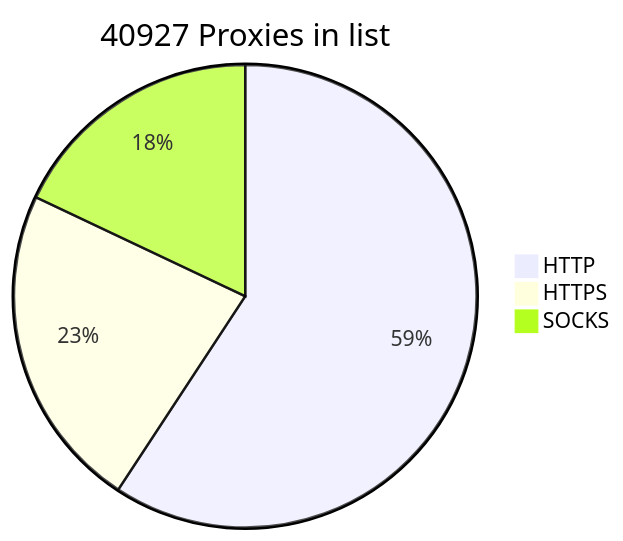
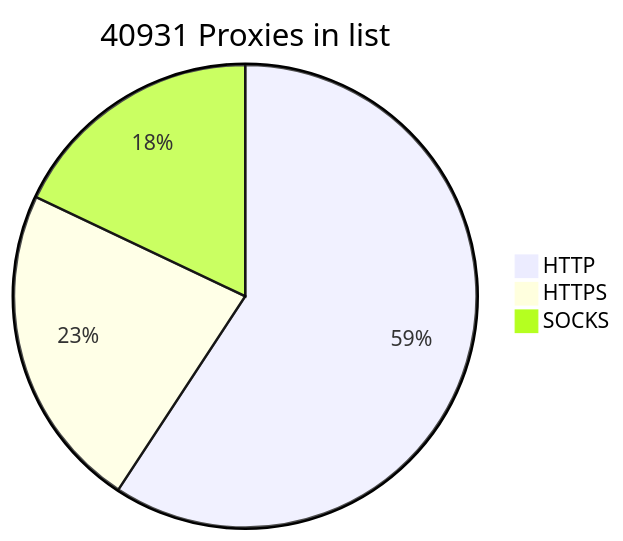
One commit to BlackSnowDot/proxylist-update-every-minute changed the diagram in README.md. Above: the diagram before and after it, drawn with Mermaid.

````diff
--- a/README.md
+++ b/README.md
@@ -2,6 +2,6 @@
 ```mermaid
-pie title 40927 Proxies in list
-    "HTTP" : 28567
-    "HTTPS": 10989
+pie title 40931 Proxies in list
+    "HTTP" : 28572
+    "HTTPS": 10995
     "SOCKS" : 8661
 ```
````
